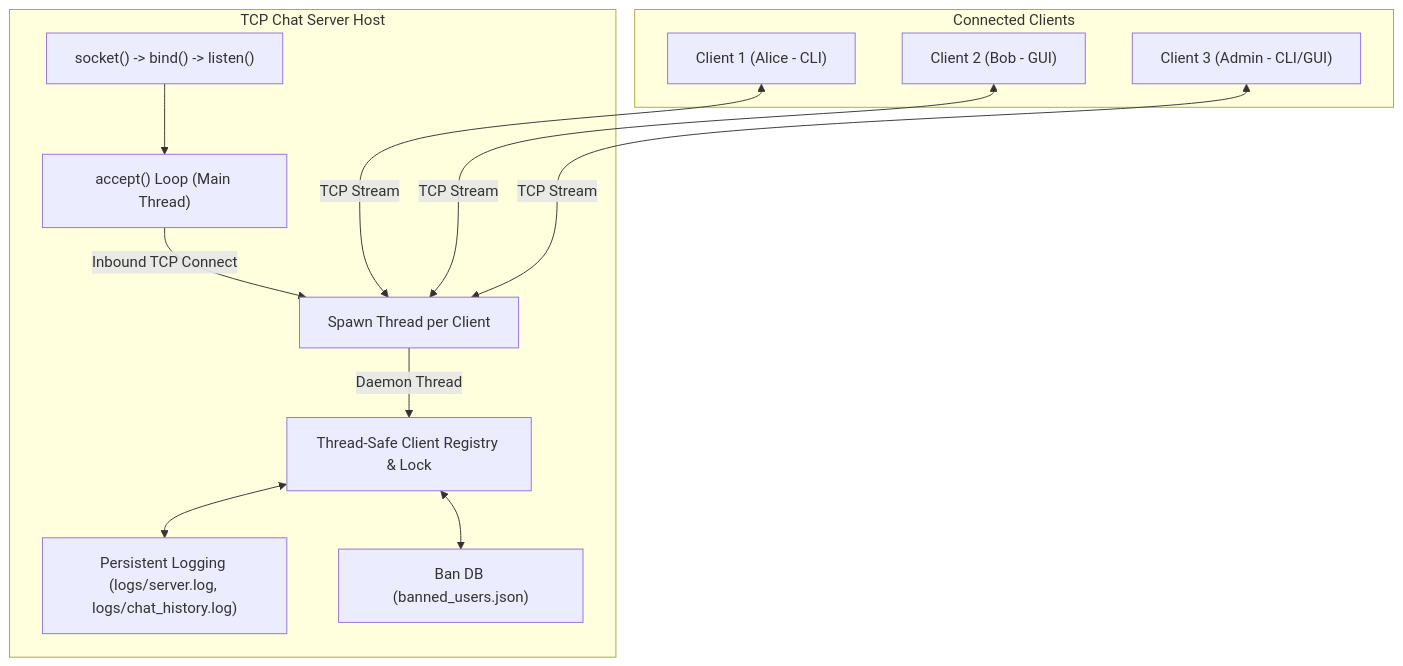
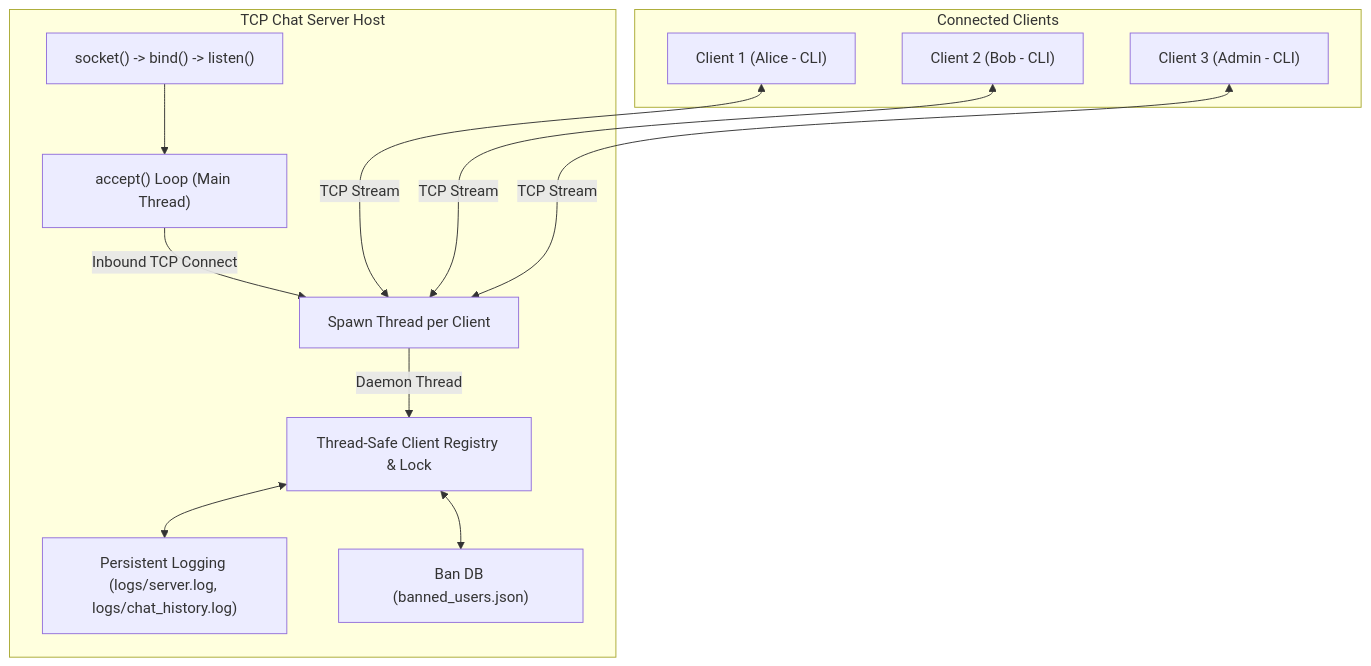
The second of 2 diagrams in PROJECT_REPORT.md (Vinchuu/TCP-Chat), drawn with Mermaid before and after one commit. The commit also changed other lines of this file and 4 other files, not shown here.

Commit message:
Remove GUI client and retain terminal CLI only

````diff
--- a/PROJECT_REPORT.md
+++ b/PROJECT_REPORT.md
@@ -88,27 +88,27 @@
 ```mermaid
 flowchart TD
     subgraph HostServer ["TCP Chat Server Host"]
         SocketBind["socket() -> bind() -> listen()"]
         AcceptLoop["accept() Loop (Main Thread)"]
         Spawn["Spawn Thread per Client"]
         Registry["Thread-Safe Client Registry & Lock"]
         DiskLogs["Persistent Logging (logs/server.log, logs/chat_history.log)"]
         BanStore["Ban DB (banned_users.json)"]
     end
 
     subgraph Clients ["Connected Clients"]
         CLI1["Client 1 (Alice - CLI)"]
-        GUI1["Client 2 (Bob - GUI)"]
-        AdminGUI["Client 3 (Admin - CLI/GUI)"]
+        CLI2["Client 2 (Bob - CLI)"]
+        AdminCLI["Client 3 (Admin - CLI)"]
     end
 
     SocketBind --> AcceptLoop
     AcceptLoop -->|Inbound TCP Connect| Spawn
     Spawn -->|Daemon Thread| Registry
     Registry <--> DiskLogs
     Registry <--> BanStore
 
     CLI1 <--->|TCP Stream| Spawn
-    GUI1 <--->|TCP Stream| Spawn
-    AdminGUI <--->|TCP Stream| Spawn
+    CLI2 <--->|TCP Stream| Spawn
+    AdminCLI <--->|TCP Stream| Spawn
 ```
````
